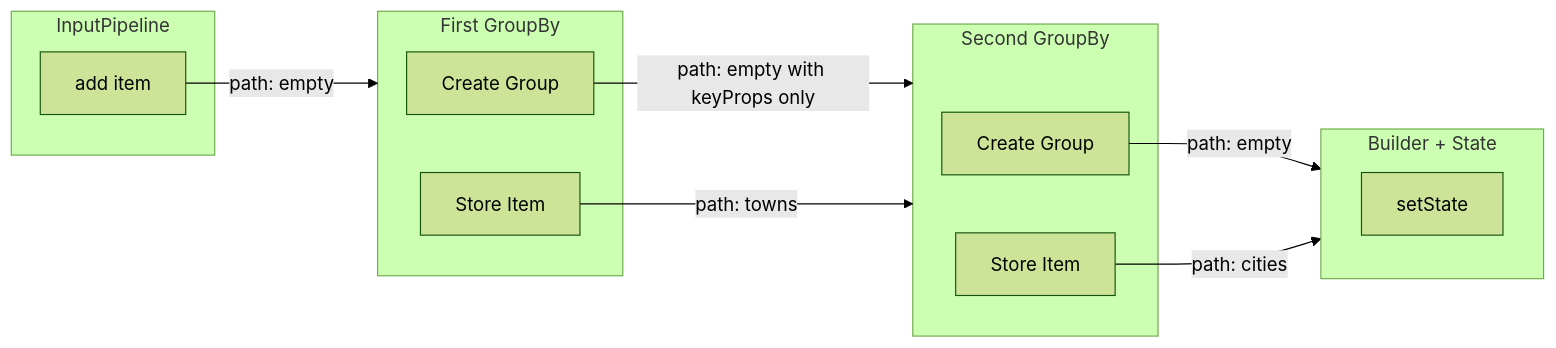
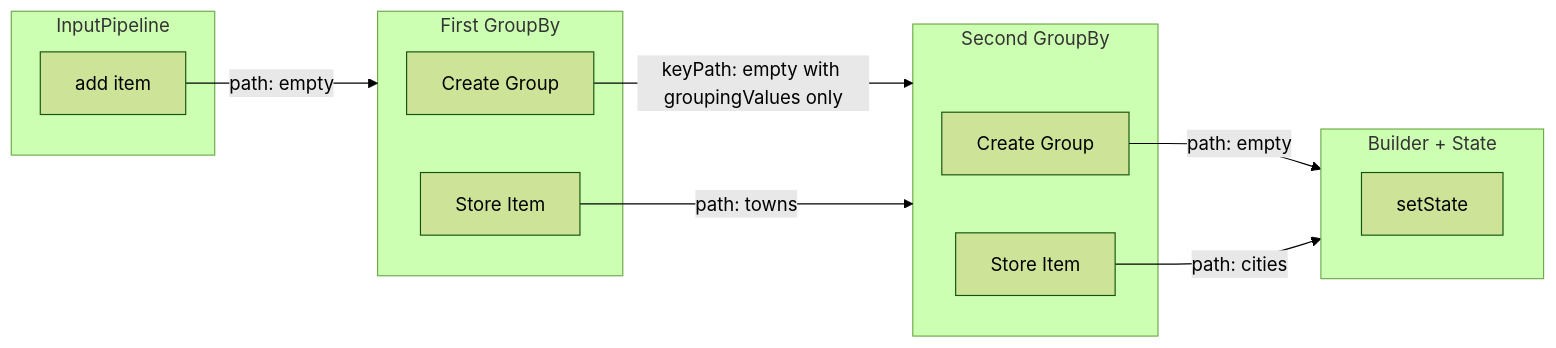
Before and after one commit to michaellperry/aggregator-toy: the first of 6 diagrams in docs/nested-groupby-architecture.md, drawn with Mermaid (forest theme). The commit also changed other lines of this file and 20 other files, not shown here.

````diff
--- a/docs/nested-groupby-architecture.md
+++ b/docs/nested-groupby-architecture.md
@@ -49,26 +49,26 @@
 ```mermaid
 flowchart LR
     subgraph Input[InputPipeline]
         I[add item]
     end
     
     subgraph GB1[First GroupBy]
         G1[Create Group]
         I1[Store Item]
     end
     
     subgraph GB2[Second GroupBy]
         G2[Create Group]
         I2[Store Item]
     end
     
     subgraph Builder[Builder + State]
         S[setState]
     end
     
     I -->|path: empty| GB1
-    G1 -->|path: empty with keyProps only| GB2
+    G1 -->|keyPath: empty with groupingValues only| GB2
     I1 -->|path: towns| GB2
     G2 -->|path: empty| Builder
     I2 -->|path: cities| Builder
 ```
````
